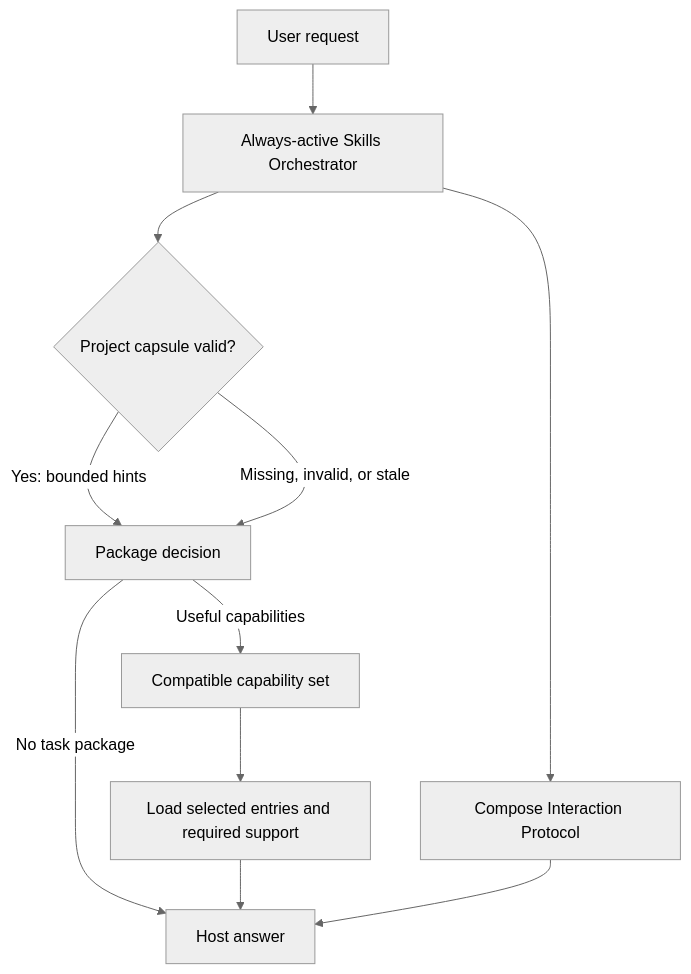
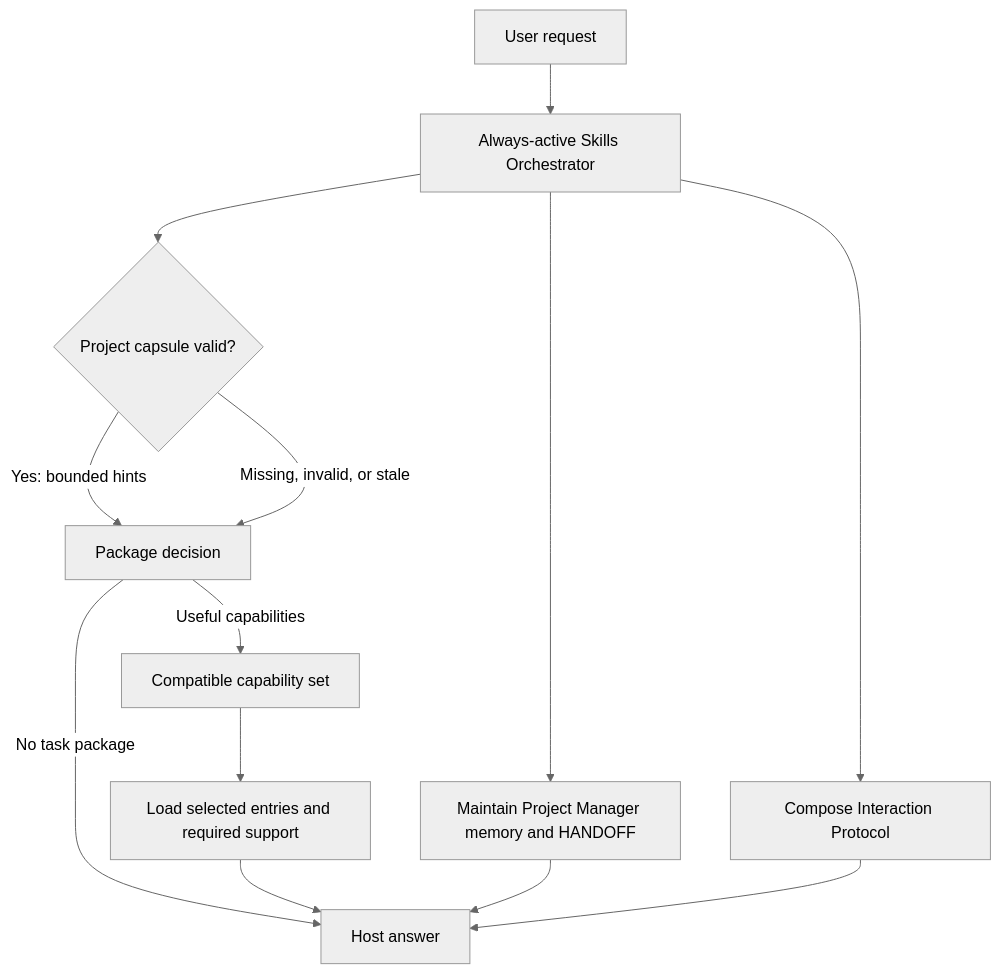
The diagram in README.md (geekybobz/skills_ai), drawn with Mermaid (neutral theme) before and after one commit. The commit also changed other lines of this file and 28 other files, not shown here.

Commit message:
Add always-on project memory support

````diff
--- a/README.md
+++ b/README.md
@@ -7,13 +9,15 @@
 ```mermaid
 flowchart TD
     U["User request"] --> S["Always-active Skills Orchestrator"]
+    S --> M["Maintain Project Manager memory and HANDOFF"]
     S --> I["Compose Interaction Protocol"]
     S --> C{"Project capsule valid?"}
     C -- "Yes: bounded hints" --> R["Package decision"]
     C -- "Missing, invalid, or stale" --> R
     R -- "No task package" --> A["Host answer"]
     R -- "Useful capabilities" --> P["Compatible capability set"]
     P --> K["Load selected entries and required support"]
     K --> A
+    M --> A
     I --> A
 ```
````
